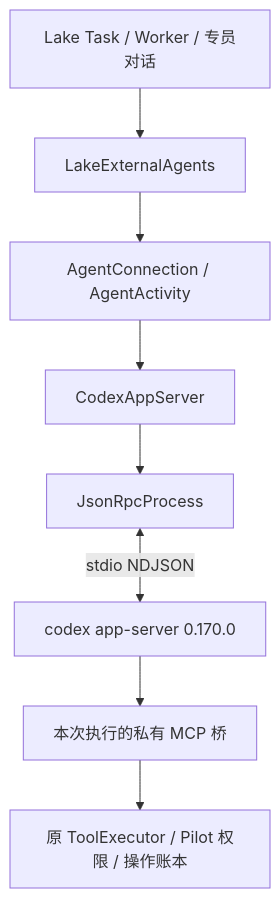
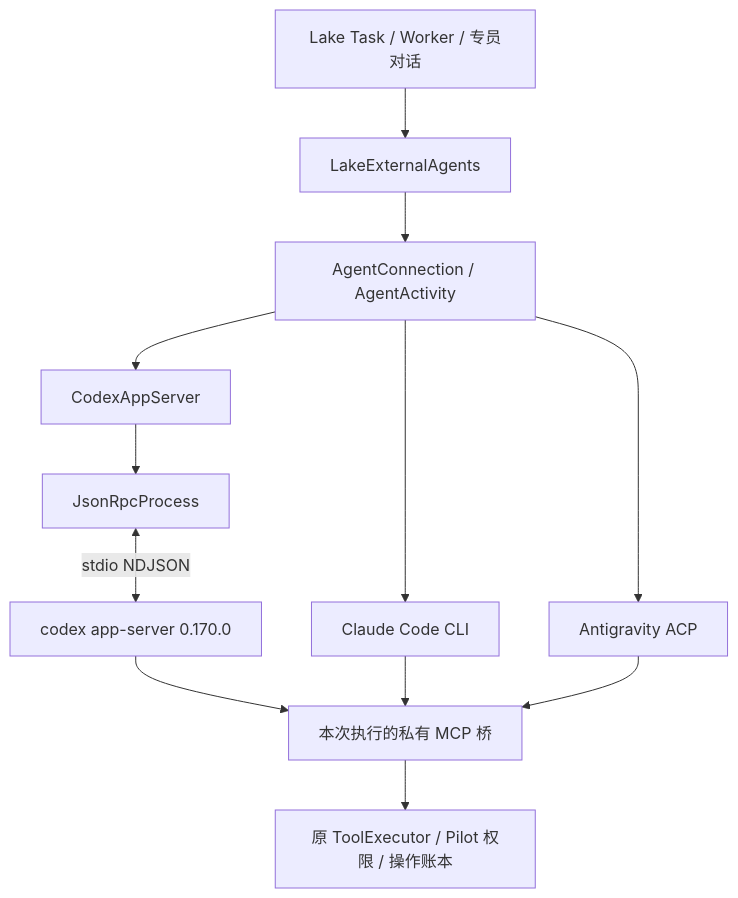
Before and after one commit to Clean-Lakes/Lake: the diagram in docs/design/local-agent-runtime.md, drawn with Mermaid. The commit also changed other lines of this file and 33 other files, not shown here.

Commit message:
feat: support Claude Code and Antigravity specialist executors

````diff
--- a/docs/design/local-agent-runtime.md
+++ b/docs/design/local-agent-runtime.md
@@ -5,10 +5,14 @@
 ```mermaid
 flowchart TD
     Host[Lake Task / Worker / 专员对话] --> Service[LakeExternalAgents]
     Service --> Contract[AgentConnection / AgentActivity]
     Contract --> Codex[CodexAppServer]
+    Contract --> Claude[Claude Code CLI]
+    Contract --> Antigravity[Antigravity ACP]
     Codex --> Transport[JsonRpcProcess]
     Transport <-->|stdio NDJSON| Provider[codex app-server 0.170.0]
     Provider --> Bridge[本次执行的私有 MCP 桥]
+    Claude --> Bridge
+    Antigravity --> Bridge
     Bridge --> Executor[原 ToolExecutor / Pilot 权限 / 操作账本]
 ```
````
